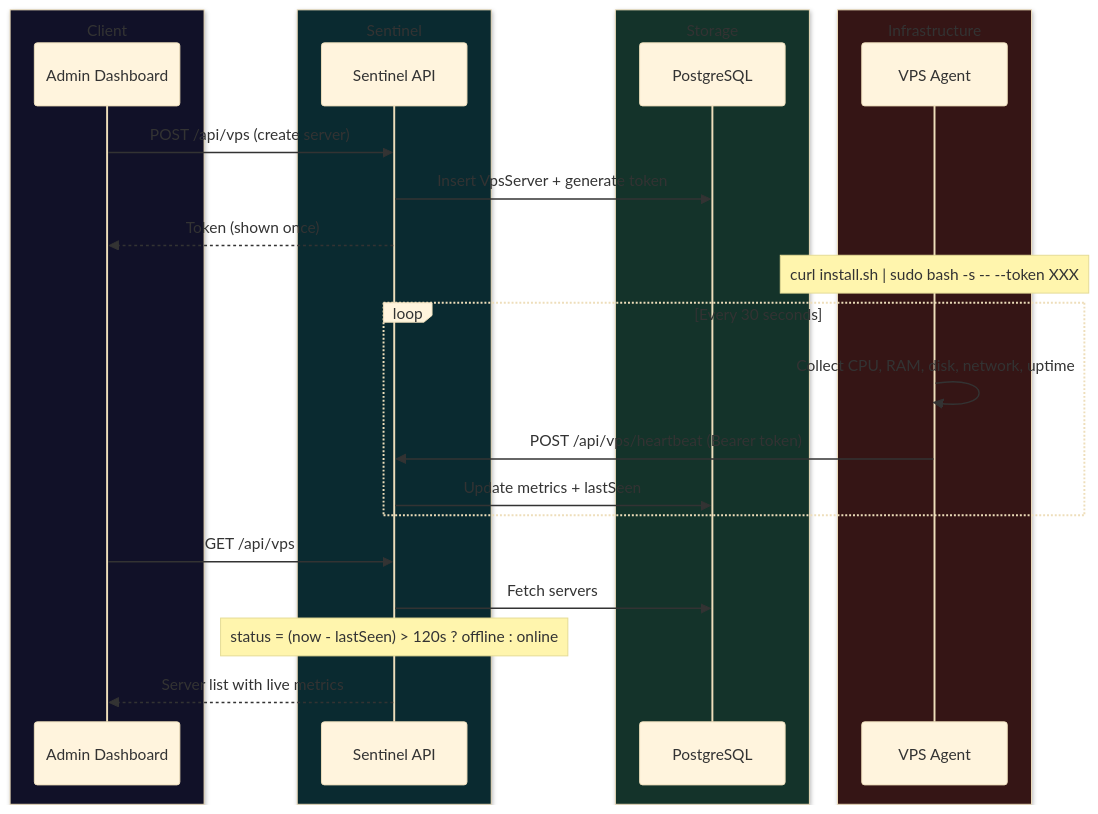
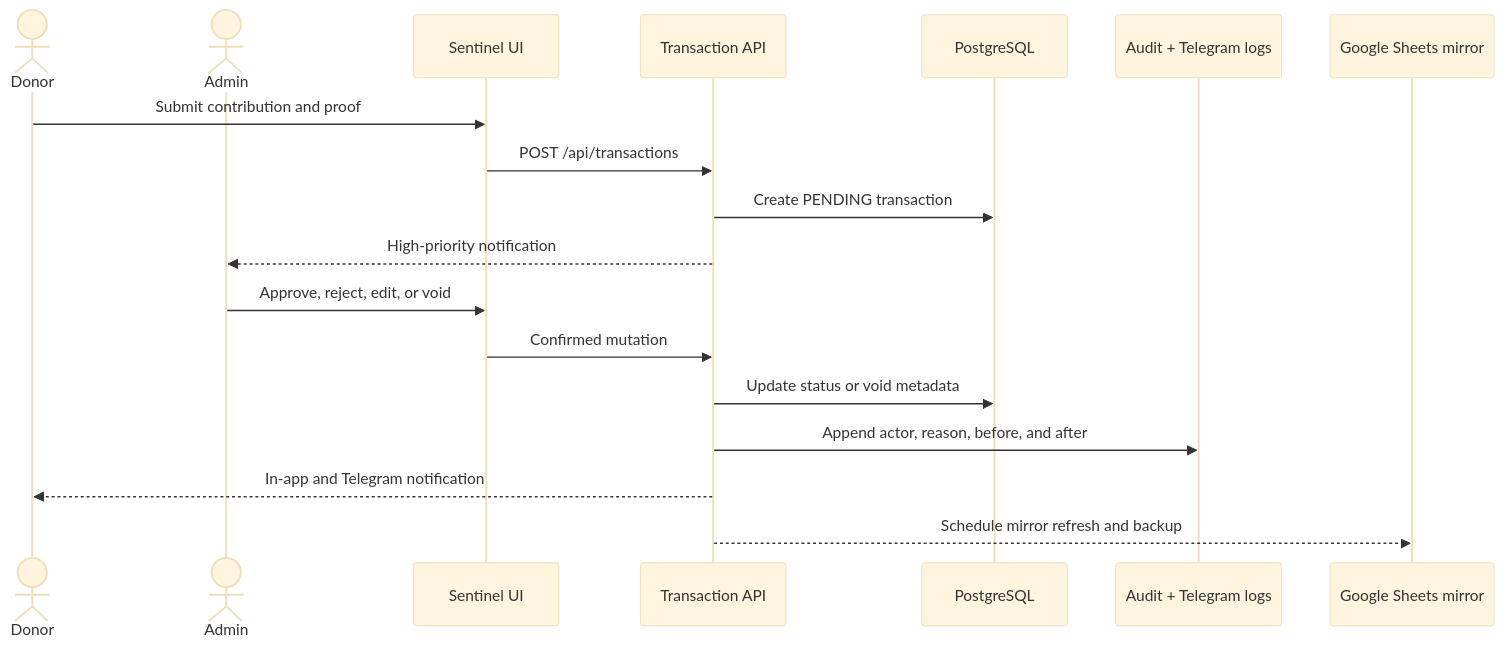
One commit to zxcvresque/Pzp-Sentinel changed the second of 6 diagrams in README.md. Above: the diagram before and after it, drawn with Mermaid (base theme). The commit also changed other lines of this file and 20 other files, not shown here.

Commit message:
Add API usage monitoring and refresh Sentinel docs

````diff
--- a/README.md
+++ b/README.md
@@ -539,32 +131,21 @@
 ```mermaid
 sequenceDiagram
-  box rgb(17, 17, 40) Client
-    participant Admin as Admin Dashboard
-  end
-  box rgb(10, 42, 48) Sentinel
-    participant API as Sentinel API
-  end
-  box rgb(20, 51, 42) Storage
+    actor Donor
+    actor Admin
+    participant UI as Sentinel UI
+    participant API as Transaction API
     participant DB as PostgreSQL
-  end
-  box rgb(53, 21, 21) Infrastructure
-    participant Agent as VPS Agent
-  end
+    participant Audit as Audit + Telegram logs
+    participant Sheets as Google Sheets mirror
 
-  Admin->>API: POST /api/vps (create server)
-  API->>DB: Insert VpsServer + generate token
-  API-->>Admin: Token (shown once)
-
-  Note over Agent: curl install.sh | sudo bash -s -- --token XXX
-
-  loop Every 30 seconds
-    Agent->>Agent: Collect CPU, RAM, disk, network, uptime
-    Agent->>API: POST /api/vps/heartbeat (Bearer token)
-    API->>DB: Update metrics + lastSeen
-  end
-
-  Admin->>API: GET /api/vps
-  API->>DB: Fetch servers
-  Note over API: status = (now - lastSeen) > 120s ? offline : online
-  API-->>Admin: Server list with live metrics
+    Donor->>UI: Submit contribution and proof
+    UI->>API: POST /api/transactions
+    API->>DB: Create PENDING transaction
+    API-->>Admin: High-priority notification
+    Admin->>UI: Approve, reject, edit, or void
+    UI->>API: Confirmed mutation
+    API->>DB: Update status or void metadata
+    API->>Audit: Append actor, reason, before, and after
+    API-->>Donor: In-app and Telegram notification
+    API-->>Sheets: Schedule mirror refresh and backup
 ```
````
